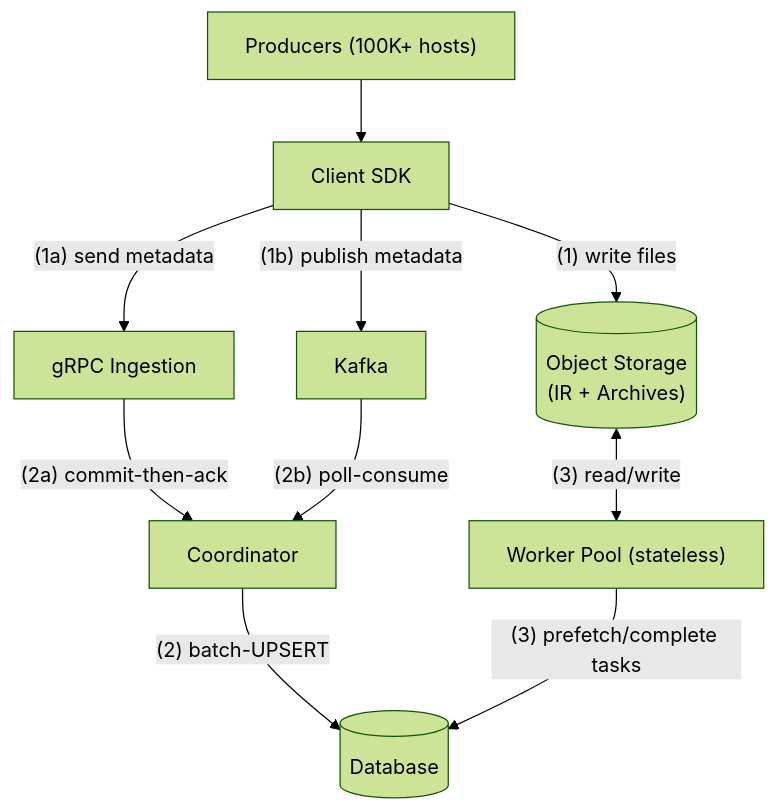
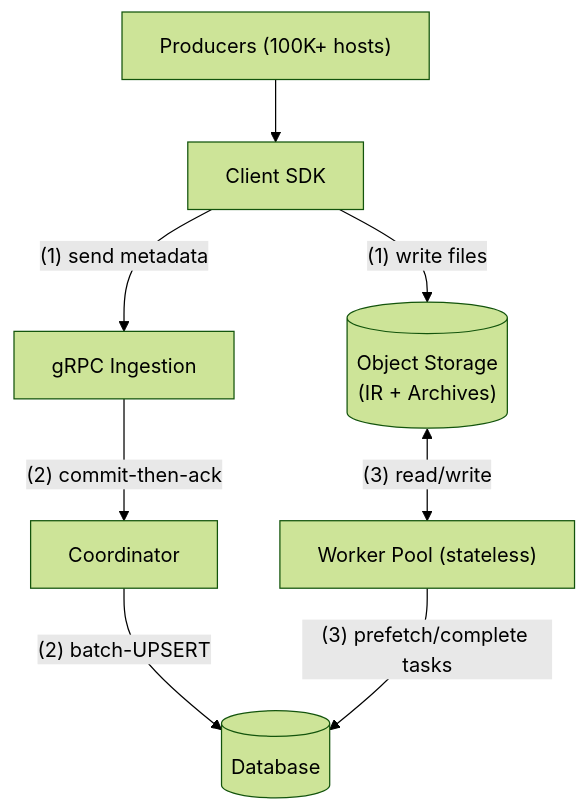
Before and after one commit to y-scope/metalog: the first of 3 diagrams in docs/concepts/overview.md, drawn with Mermaid (forest theme). The commit also changed other lines of this file and 39 other files, not shown here.

````diff
--- a/docs/concepts/overview.md
+++ b/docs/concepts/overview.md
@@ -21,21 +21,18 @@
 ```mermaid
 graph TD
     Producers["Producers (100K+ hosts)"]
     Client["Client SDK"]
     S3[("Object Storage<br/>(IR + Archives)")]
     IngestionGRPC["gRPC Ingestion"]
-    Kafka["Kafka"]
     Coord["Coordinator"]
     DB[("Database")]
     Workers["Worker Pool (stateless)"]
 
     Producers --> Client
     Client -->|"(1) write files"| S3
-    Client -->|"(1a) send metadata"| IngestionGRPC
-    Client -->|"(1b) publish metadata"| Kafka
-    IngestionGRPC -->|"(2a) commit-then-ack"| Coord
-    Kafka -->|"(2b) poll-consume"| Coord
+    Client -->|"(1) send metadata"| IngestionGRPC
+    IngestionGRPC -->|"(2) commit-then-ack"| Coord
     Coord -->|"(2) batch-UPSERT"| DB
     S3 <-->|"(3) read/write"| Workers
     Workers -->|"(3) prefetch/complete tasks"| DB
 ```
````
